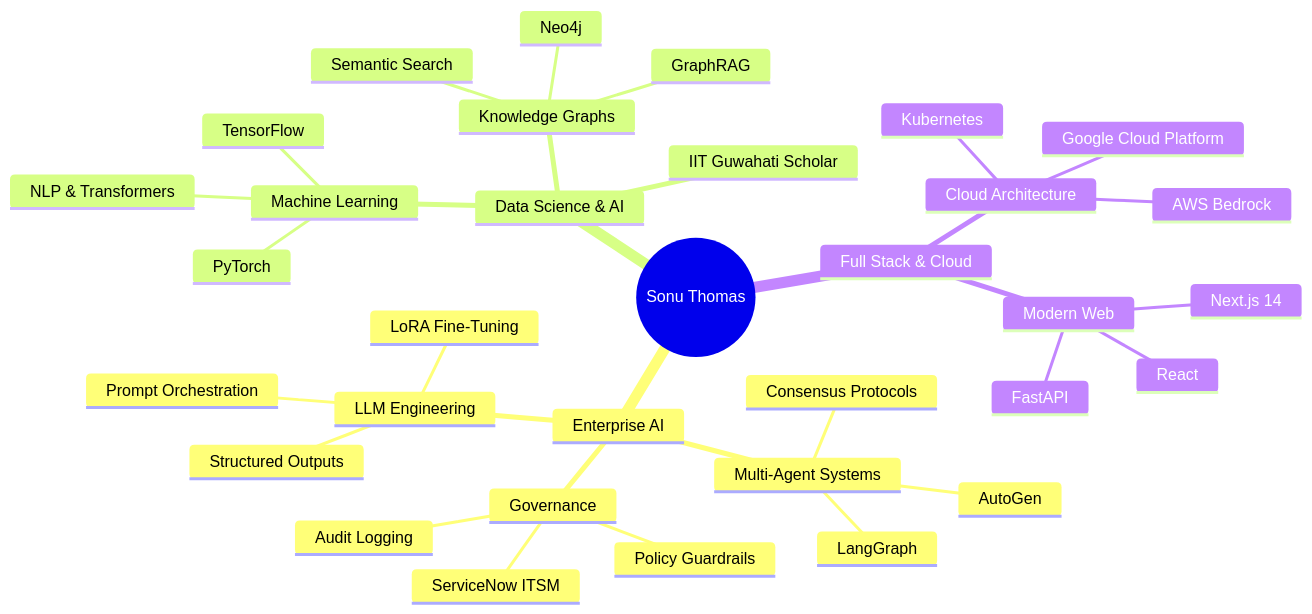
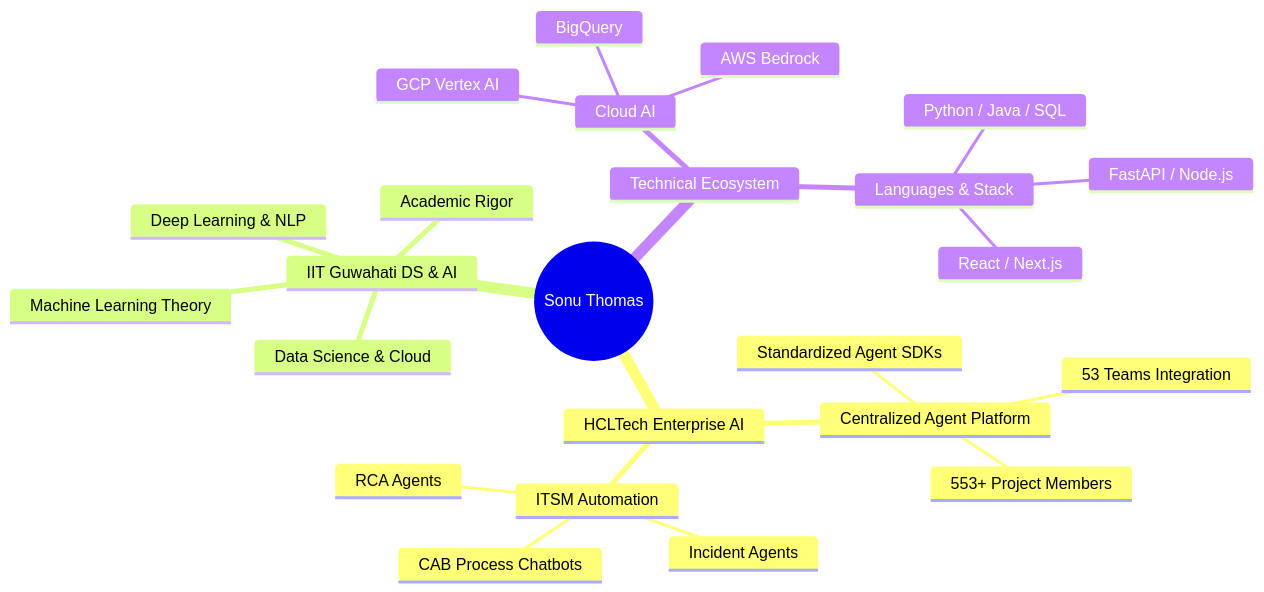
The third of 4 diagrams in README.md (Sonu-Thomas-001/Sonu-Thomas-001), drawn with Mermaid before and after one commit. The commit also changed other lines of this file, not shown here.

Commit message:
docs: update profile README with authentic HCLTech, IIT Guwahati, and Enterprise AI background

````diff
--- a/README.md
+++ b/README.md
@@ -285,36 +279,27 @@
 ```mermaid
 mindmap
   root((Sonu Thomas))
-    Enterprise AI
-      Multi-Agent Systems
-        LangGraph
-        AutoGen
-        Consensus Protocols
-      LLM Engineering
-        Prompt Orchestration
-        LoRA Fine-Tuning
-        Structured Outputs
-      Governance
-        ServiceNow ITSM
-        Audit Logging
-        Policy Guardrails
-    Data Science & AI
-      IIT Guwahati Scholar
-      Machine Learning
-        PyTorch
-        TensorFlow
-        NLP & Transformers
-      Knowledge Graphs
-        GraphRAG
-        Neo4j
-        Semantic Search
-    Full Stack & Cloud
-      Cloud Architecture
-        Google Cloud Platform
+    HCLTech Enterprise AI
+      Centralized Agent Platform
+        53 Teams Integration
+        553+ Project Members
+        Standardized Agent SDKs
+      ITSM Automation
+        Incident Agents
+        RCA Agents
+        CAB Process Chatbots
+    IIT Guwahati DS & AI
+      Academic Rigor
+      Machine Learning Theory
+      Deep Learning & NLP
+      Data Science & Cloud
+    Technical Ecosystem
+      Cloud AI
+        GCP Vertex AI
         AWS Bedrock
-        Kubernetes
-      Modern Web
-        Next.js 14
-        React
-        FastAPI
+        BigQuery
+      Languages & Stack
+        Python / Java / SQL
+        React / Next.js
+        FastAPI / Node.js
 ```
````
